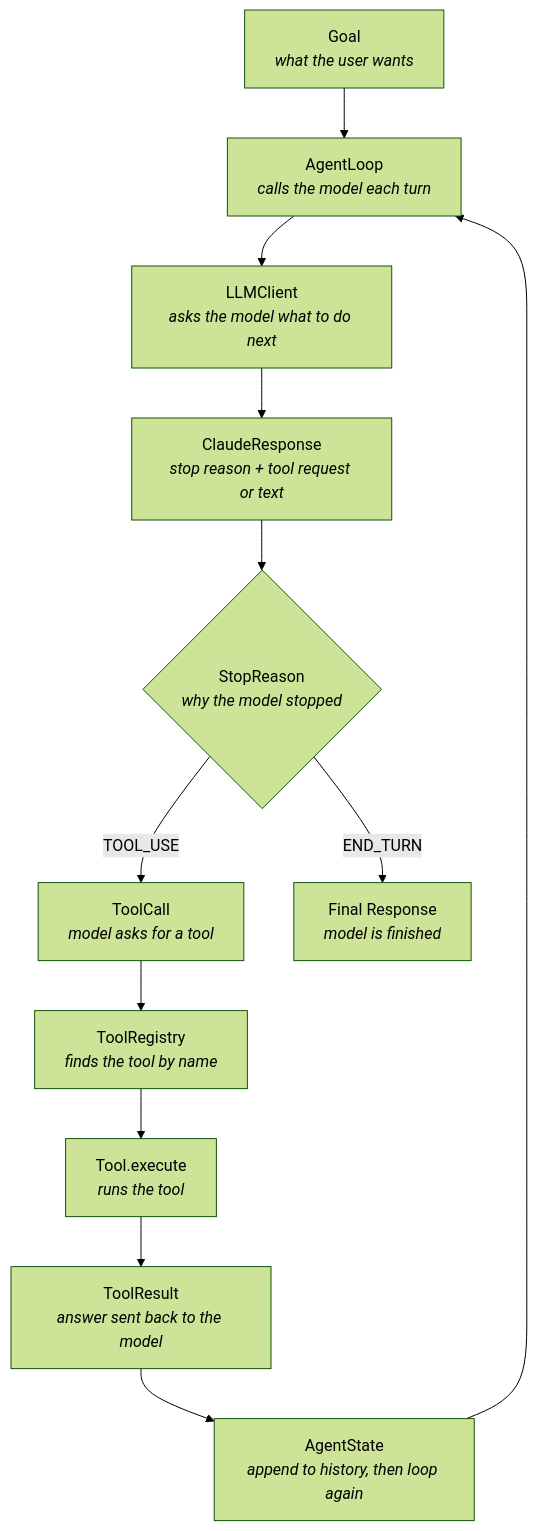
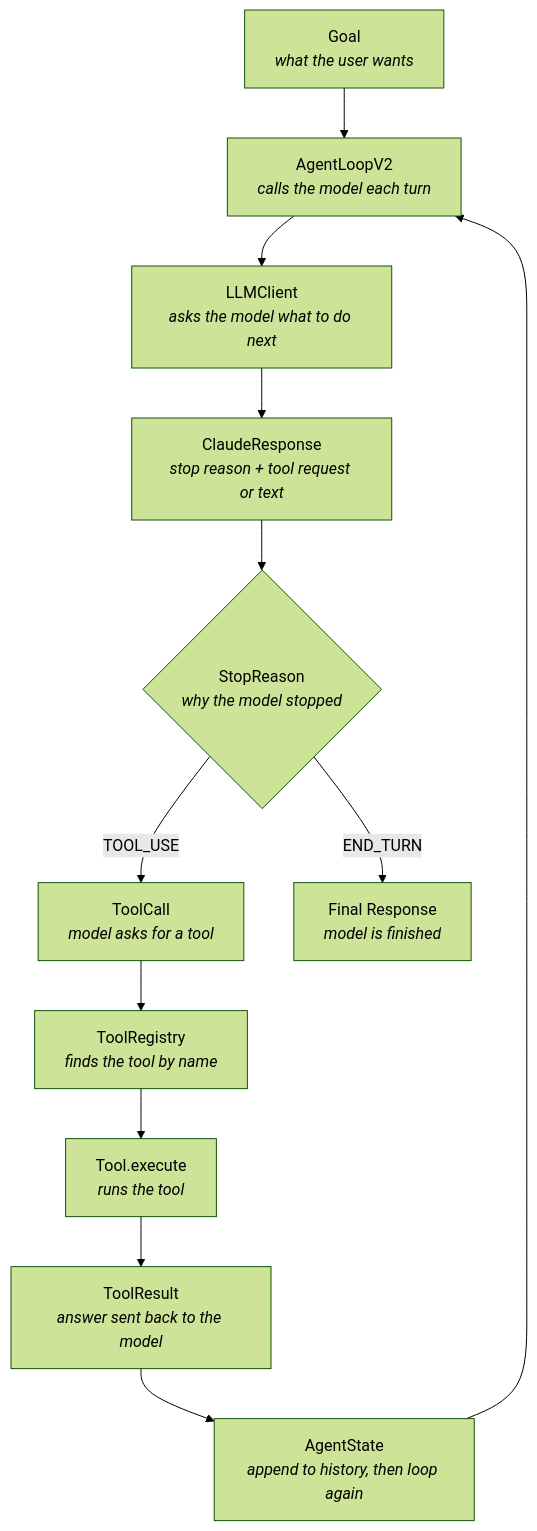
One commit to YashzAlphaGeek/agent-engineering-lab changed the third of 8 diagrams in README.md. Above: the diagram before and after it, drawn with Mermaid (forest theme). The commit also changed other lines of this file, not shown here.

Commit message:
update of README with mermaid diagram

````diff
--- a/README.md
+++ b/README.md
@@ -219,17 +228,17 @@
 ```mermaid
 flowchart TD
 
-    G["Goal<br/><i>what the user wants</i>"] --> L["AgentLoop<br/><i>calls the model each turn</i>"]
+    G["Goal<br/><i>what the user wants</i>"] --> L["AgentLoopV2<br/><i>calls the model each turn</i>"]
     L --> M["LLMClient<br/><i>asks the model what to do next</i>"]
     M --> CR["ClaudeResponse<br/><i>stop reason + tool request or text</i>"]
     CR --> D{"StopReason<br/><i>why the model stopped</i>"}
 
     D -->|TOOL_USE| TC["ToolCall<br/><i>model asks for a tool</i>"]
     TC --> R["ToolRegistry<br/><i>finds the tool by name</i>"]
     R --> T["Tool.execute<br/><i>runs the tool</i>"]
     T --> TR["ToolResult<br/><i>answer sent back to the model</i>"]
     TR --> S["AgentState<br/><i>append to history, then loop again</i>"]
     S --> L
 
     D -->|END_TURN| F["Final Response<br/><i>model is finished</i>"]
 ```
````
